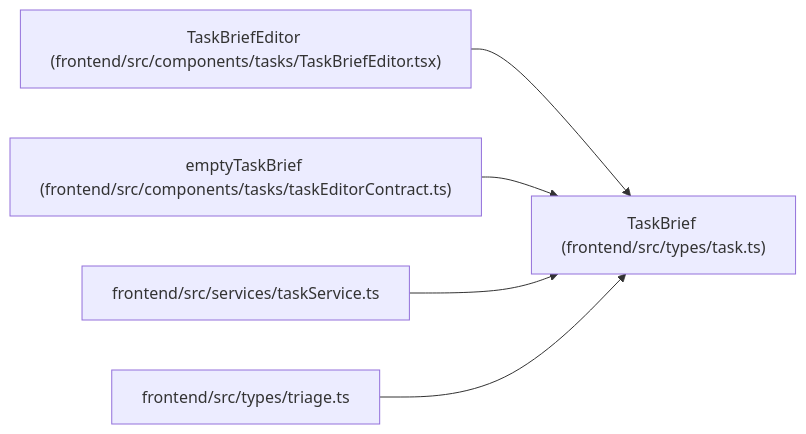
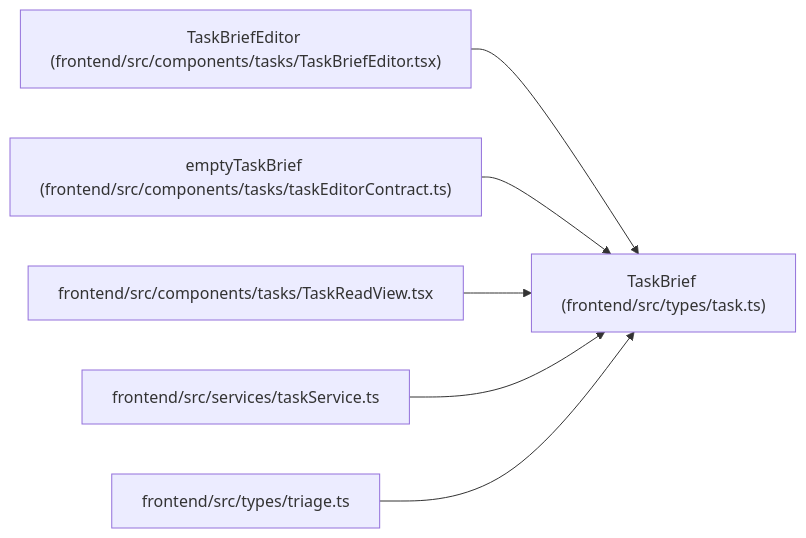
Before and after one commit to Denissvgn/WorkChord: the diagram in docs/llm_wiki/entities/types_task_TaskBrief.md, drawn with Mermaid. The commit also changed other lines of this file and 375 other files, not shown here.

Commit message:
docs(wiki): refresh for the read-first task view

````diff
--- a/docs/llm_wiki/entities/types_task_TaskBrief.md
+++ b/docs/llm_wiki/entities/types_task_TaskBrief.md
@@ -32,17 +32,20 @@
 ```mermaid
 flowchart LR
     n0["TaskBrief (frontend/src/types/task.ts)"]
     n1["TaskBriefEditor (frontend/src/components/tasks/TaskBriefEditor.tsx)"]
     n2["emptyTaskBrief (frontend/src/components/tasks/taskEditorContract.ts)"]
-    n3["frontend/src/services/taskService.ts"]
-    n4["frontend/src/types/triage.ts"]
+    n3["frontend/src/components/tasks/TaskReadView.tsx"]
+    n4["frontend/src/services/taskService.ts"]
+    n5["frontend/src/types/triage.ts"]
     n1 --> n0
     n2 --> n0
     n3 --> n0
     n4 --> n0
+    n5 --> n0
     click n0 "../modules/types_task.md"
     click n1 "../modules/TaskBriefEditor.md"
     click n2 "../modules/taskEditorContract.md"
-    click n3 "../modules/taskService.md"
-    click n4 "../modules/types_triage.md"
+    click n3 "../modules/TaskReadView.md"
+    click n4 "../modules/taskService.md"
+    click n5 "../modules/types_triage.md"
 ```
````
